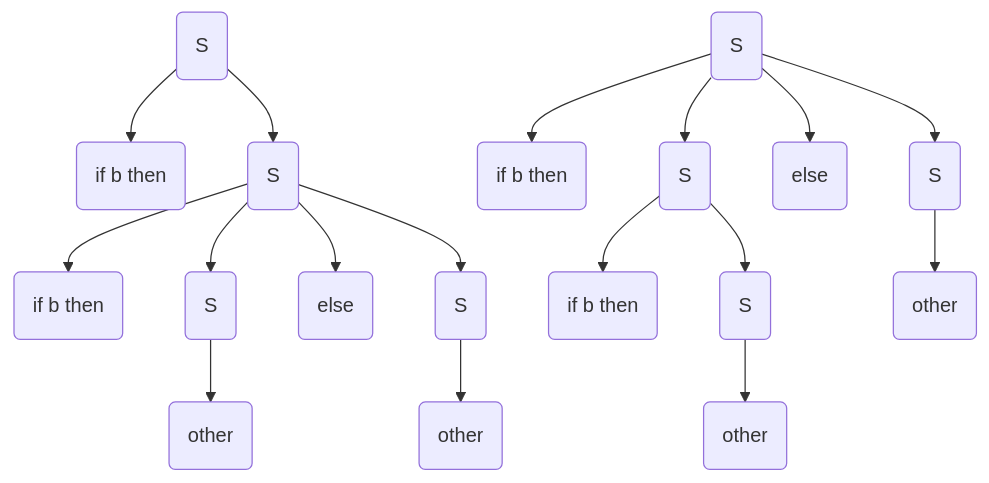
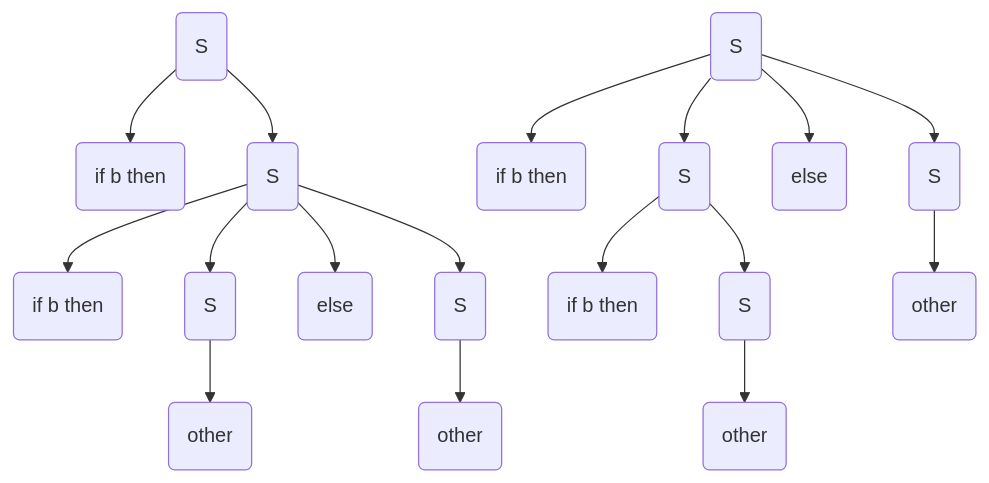
The second of 2 diagrams in unitn/altro/LFC - Linguaggi Formali e Compilatori.md (SamueleFacenda/obsidian), drawn with Mermaid before and after one commit.

Commit message:
vault backup auto nixos: 2025-09-12 10:05:15

````diff
--- a/unitn/altro/LFC - Linguaggi Formali e Compilatori.md
+++ b/unitn/altro/LFC - Linguaggi Formali e Compilatori.md
@@ -109,12 +109,13 @@
 ```mermaid
+%%{init: { "flowchart": { "diagramPadding": 2, "useMaxWidth": 10000 , "curve": "curve" } } }%%
 flowchart TD
 	s1(S) -->  a(if b then) & s2(S)
 	s2 --> b(if b then) & s3(S) & c(else) & s4(S)
 	s3 --> e(other)
 	s4 --> f(other)
 	
 	s5(S) -->  g(if b then) & s6(S) & i(else) & s7(S)
 	s6 --> h(if b then) & s8(S)
 	s7 --> j(other)
 	s8 --> k(other)
 ```
````
